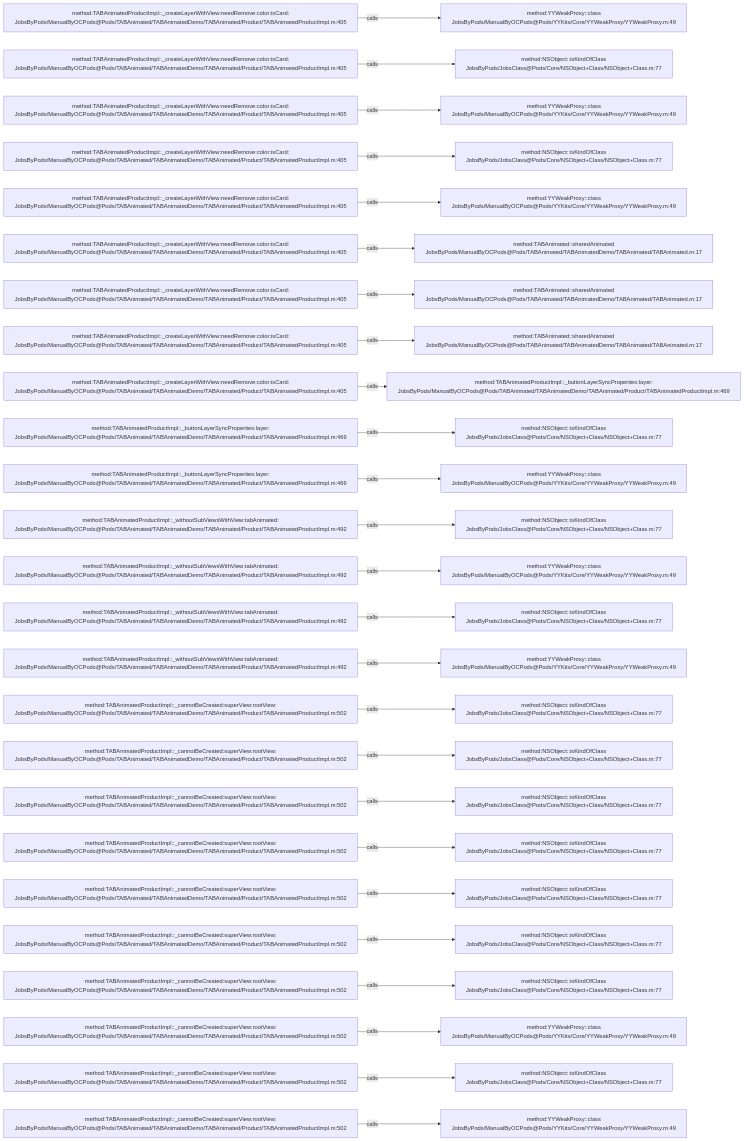
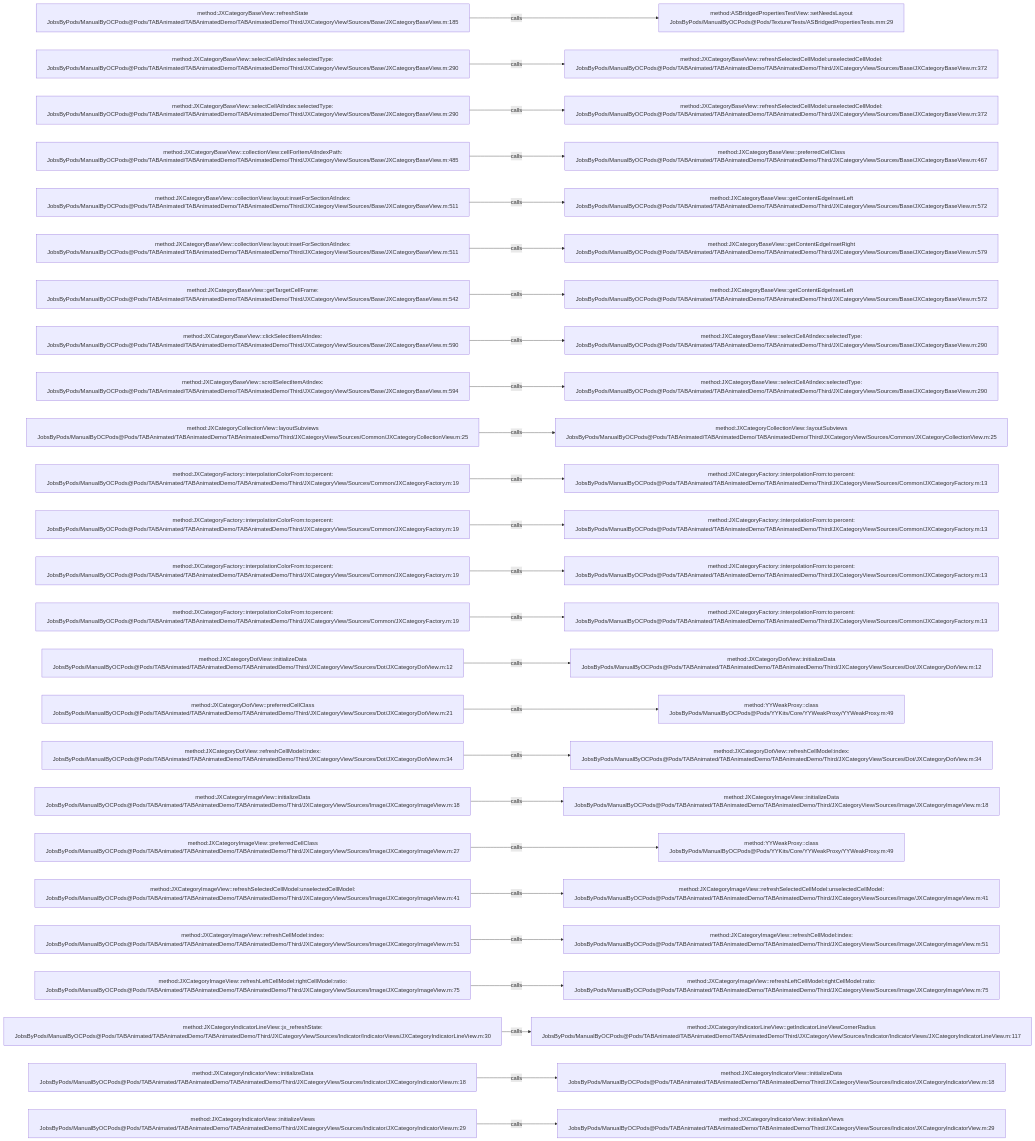
Before and after one commit to JobsKits/JobsOCBaseConfigDemo: the diagram in .codegraph/codegraph.md/graphs/calls-034.md, drawn with Mermaid. The commit also changed 1448 other files, not shown here.

````diff
--- a/.codegraph/codegraph.md/graphs/calls-034.md
+++ b/.codegraph/codegraph.md/graphs/calls-034.md
@@ -13,78 +13,78 @@
 ```mermaid
 flowchart LR
-  S1["method:TABAnimatedProductImpl::_createLayerWithView:needRemove:color:isCard:<br/>JobsByPods/ManualByOCPods@Pods/TABAnimated/TABAnimatedDemo/TABAnimated/Product/TABAnimatedProductImpl.m:405"]
-  T1["method:YYWeakProxy::class<br/>JobsByPods/ManualByOCPods@Pods/YYKits/Core/YYWeakProxy/YYWeakProxy.m:49"]
+  S1["method:JXCategoryBaseView::refreshState<br/>JobsByPods/ManualByOCPods@Pods/TABAnimated/TABAnimatedDemo/TABAnimatedDemo/Third/JXCategoryView/Sources/Base/JXCategoryBaseView.m:185"]
+  T1["method:ASBridgedPropertiesTestView::setNeedsLayout<br/>JobsByPods/ManualByOCPods@Pods/Texture/Tests/ASBridgedPropertiesTests.mm:29"]
   S1 -->|calls| T1
-  S2["method:TABAnimatedProductImpl::_createLayerWithView:needRemove:color:isCard:<br/>JobsByPods/ManualByOCPods@Pods/TABAnimated/TABAnimatedDemo/TABAnimated/Product/TABAnimatedProductImpl.m:405"]
-  T2["method:NSObject::isKindOfClass<br/>JobsByPods/JobsClass@Pods/Core/NSObject+Class/NSObject+Class.m:77"]
+  S2["method:JXCategoryBaseView::selectCellAtIndex:selectedType:<br/>JobsByPods/ManualByOCPods@Pods/TABAnimated/TABAnimatedDemo/TABAnimatedDemo/Third/JXCategoryView/Sources/Base/JXCategoryBaseView.m:290"]
+  T2["method:JXCategoryBaseView::refreshSelectedCellModel:unselectedCellModel:<br/>JobsByPods/ManualByOCPods@Pods/TABAnimated/TABAnimatedDemo/TABAnimatedDemo/Third/JXCategoryView/Sources/Base/JXCategoryBaseView.m:372"]
   S2 -->|calls| T2
-  S3["method:TABAnimatedProductImpl::_createLayerWithView:needRemove:color:isCard:<br/>JobsByPods/ManualByOCPods@Pods/TABAnimated/TABAnimatedDemo/TABAnimated/Product/TABAnimatedProductImpl.m:405"]
-  T3["method:YYWeakProxy::class<br/>JobsByPods/ManualByOCPods@Pods/YYKits/Core/YYWeakProxy/YYWeakProxy.m:49"]
+  S3["method:JXCategoryBaseView::selectCellAtIndex:selectedType:<br/>JobsByPods/ManualByOCPods@Pods/TABAnimated/TABAnimatedDemo/TABAnimatedDemo/Third/JXCategoryView/Sources/Base/JXCategoryBaseView.m:290"]
+  T3["method:JXCategoryBaseView::refreshSelectedCellModel:unselectedCellModel:<br/>JobsByPods/ManualByOCPods@Pods/TABAnimated/TABAnimatedDemo/TABAnimatedDemo/Third/JXCategoryView/Sources/Base/JXCategoryBaseView.m:372"]
   S3 -->|calls| T3
-  S4["method:TABAnimatedProductImpl::_createLayerWithView:needRemove:color:isCard:<br/>JobsByPods/ManualByOCPods@Pods/TABAnimated/TABAnimatedDemo/TABAnimated/Product/TABAnimatedProductImpl.m:405"]
-  T4["method:NSObject::isKindOfClass<br/>JobsByPods/JobsClass@Pods/Core/NSObject+Class/NSObject+Class.m:77"]
+  S4["method:JXCategoryBaseView::collectionView:cellForItemAtIndexPath:<br/>JobsByPods/ManualByOCPods@Pods/TABAnimated/TABAnimatedDemo/TABAnimatedDemo/Third/JXCategoryView/Sources/Base/JXCategoryBaseView.m:485"]
+  T4["method:JXCategoryBaseView::preferredCellClass<br/>JobsByPods/ManualByOCPods@Pods/TABAnimated/TABAnimatedDemo/TABAnimatedDemo/Third/JXCategoryView/Sources/Base/JXCategoryBaseView.m:467"]
   S4 -->|calls| T4
-  S5["method:TABAnimatedProductImpl::_createLayerWithView:needRemove:color:isCard:<br/>JobsByPods/ManualByOCPods@Pods/TABAnimated/TABAnimatedDemo/TABAnimated/Product/TABAnimatedProductImpl.m:405"]
-  T5["method:YYWeakProxy::class<br/>JobsByPods/ManualByOCPods@Pods/YYKits/Core/YYWeakProxy/YYWeakProxy.m:49"]
+  S5["method:JXCategoryBaseView::collectionView:layout:insetForSectionAtIndex:<br/>JobsByPods/ManualByOCPods@Pods/TABAnimated/TABAnimatedDemo/TABAnimatedDemo/Third/JXCategoryView/Sources/Base/JXCategoryBaseView.m:511"]
+  T5["method:JXCategoryBaseView::getContentEdgeInsetLeft<br/>JobsByPods/ManualByOCPods@Pods/TABAnimated/TABAnimatedDemo/TABAnimatedDemo/Third/JXCategoryView/Sources/Base/JXCategoryBaseView.m:572"]
   S5 -->|calls| T5
-  S6["method:TABAnimatedProductImpl::_createLayerWithView:needRemove:color:isCard:<br/>JobsByPods/ManualByOCPods@Pods/TABAnimated/TABAnimatedDemo/TABAnimated/Product/TABAnimatedProductImpl.m:405"]
-  T6["method:TABAnimated::sharedAnimated<br/>JobsByPods/ManualByOCPods@Pods/TABAnimated/TABAnimatedDemo/TABAnimated/TABAnimated.m:17"]
+  S6["method:JXCategoryBaseView::collectionView:layout:insetForSectionAtIndex:<br/>JobsByPods/ManualByOCPods@Pods/TABAnimated/TABAnimatedDemo/TABAnimatedDemo/Third/JXCategoryView/Sources/Base/JXCategoryBaseView.m:511"]
+  T6["method:JXCategoryBaseView::getContentEdgeInsetRight<br/>JobsByPods/ManualByOCPods@Pods/TABAnimated/TABAnimatedDemo/TABAnimatedDemo/Third/JXCategoryView/Sources/Base/JXCategoryBaseView.m:579"]
   S6 -->|calls| T6
-  S7["method:TABAnimatedProductImpl::_createLayerWithView:needRemove:color:isCard:<br/>JobsByPods/ManualByOCPods@Pods/TABAnimated/TABAnimatedDemo/TABAnimated/Product/TABAnimatedProductImpl.m:405"]
-  T7["method:TABAnimated::sharedAnimated<br/>JobsByPods/ManualByOCPods@Pods/TABAnimated/TABAnimatedDemo/TABAnimated/TABAnimated.m:17"]
+  S7["method:JXCategoryBaseView::getTargetCellFrame:<br/>JobsByPods/ManualByOCPods@Pods/TABAnimated/TABAnimatedDemo/TABAnimatedDemo/Third/JXCategoryView/Sources/Base/JXCategoryBaseView.m:542"]
+  T7["method:JXCategoryBaseView::getContentEdgeInsetLeft<br/>JobsByPods/ManualByOCPods@Pods/TABAnimated/TABAnimatedDemo/TABAnimatedDemo/Third/JXCategoryView/Sources/Base/JXCategoryBaseView.m:572"]
   S7 -->|calls| T7
-  S8["method:TABAnimatedProductImpl::_createLayerWithView:needRemove:color:isCard:<br/>JobsByPods/ManualByOCPods@Pods/TABAnimated/TABAnimatedDemo/TABAnimated/Product/TABAnimatedProductImpl.m:405"]
-  T8["method:TABAnimated::sharedAnimated<br/>JobsByPods/ManualByOCPods@Pods/TABAnimated/TABAnimatedDemo/TABAnimated/TABAnimated.m:17"]
+  S8["method:JXCategoryBaseView::clickSelectItemAtIndex:<br/>JobsByPods/ManualByOCPods@Pods/TABAnimated/TABAnimatedDemo/TABAnimatedDemo/Third/JXCategoryView/Sources/Base/JXCategoryBaseView.m:590"]
+  T8["method:JXCategoryBaseView::selectCellAtIndex:selectedType:<br/>JobsByPods/ManualByOCPods@Pods/TABAnimated/TABAnimatedDemo/TABAnimatedDemo/Third/JXCategoryView/Sources/Base/JXCategoryBaseView.m:290"]
   S8 -->|calls| T8
-  S9["method:TABAnimatedProductImpl::_createLayerWithView:needRemove:color:isCard:<br/>JobsByPods/ManualByOCPods@Pods/TABAnimated/TABAnimatedDemo/TABAnimated/Product/TABAnimatedProductImpl.m:405"]
-  T9["method:TABAnimatedProductImpl::_buttonLayerSyncProperties:layer:<br/>JobsByPods/ManualByOCPods@Pods/TABAnimated/TABAnimatedDemo/TABAnimated/Product/TABAnimatedProductImpl.m:469"]
+  S9["method:JXCategoryBaseView::scrollSelectItemAtIndex:<br/>JobsByPods/ManualByOCPods@Pods/TABAnimated/TABAnimatedDemo/TABAnimatedDemo/Third/JXCategoryView/Sources/Base/JXCategoryBaseView.m:594"]
+  T9["method:JXCategoryBaseView::selectCellAtIndex:selectedType:<br/>JobsByPods/ManualByOCPods@Pods/TABAnimated/TABAnimatedDemo/TABAnimatedDemo/Third/JXCategoryView/Sources/Base/JXCategoryBaseView.m:290"]
   S9 -->|calls| T9
-  S10["method:TABAnimatedProductImpl::_buttonLayerSyncProperties:layer:<br/>JobsByPods/ManualByOCPods@Pods/TABAnimated/TABAnimatedDemo/TABAnimated/Product/TABAnimatedProductImpl.m:469"]
-  T10["method:NSObject::isKindOfClass<br/>JobsByPods/JobsClass@Pods/Core/NSObject+Class/NSObject+Class.m:77"]
+  S10["method:JXCategoryCollectionView::layoutSubviews<br/>JobsByPods/ManualByOCPods@Pods/TABAnimated/TABAnimatedDemo/TABAnimatedDemo/Third/JXCategoryView/Sources/Common/JXCategoryCollectionView.m:25"]
+  T10["method:JXCategoryCollectionView::layoutSubviews<br/>JobsByPods/ManualByOCPods@Pods/TABAnimated/TABAnimatedDemo/TABAnimatedDemo/Third/JXCategoryView/Sources/Common/JXCategoryCollectionView.m:25"]
   S10 -->|calls| T10
-  S11["method:TABAnimatedProductImpl::_buttonLayerSyncProperties:layer:<br/>JobsByPods/ManualByOCPods@Pods/TABAnimated/TABAnimatedDemo/TABAnimated/Product/TABAnimatedProductImpl.m:469"]
-  T11["method:YYWeakProxy::class<br/>JobsByPods/ManualByOCPods@Pods/YYKits/Core/YYWeakProxy/YYWeakProxy.m:49"]
+  S11["method:JXCategoryFactory::interpolationColorFrom:to:percent:<br/>JobsByPods/ManualByOCPods@Pods/TABAnimated/TABAnimatedDemo/TABAnimatedDemo/Third/JXCategoryView/Sources/Common/JXCategoryFactory.m:19"]
+  T11["method:JXCategoryFactory::interpolationFrom:to:percent:<br/>JobsByPods/ManualByOCPods@Pods/TABAnimated/TABAnimatedDemo/TABAnimatedDemo/Third/JXCategoryView/Sources/Common/JXCategoryFactory.m:13"]
   S11 -->|calls| T11
-  S12["method:TABAnimatedProductImpl::_withoutSubViewsWithView:tabAnimated:<br/>JobsByPods/ManualByOCPods@Pods/TABAnimated/TABAnimatedDemo/TABAnimated/Product/TABAnimatedProductImpl.m:492"]
-  T12["method:NSObject::isKindOfClass<br/>JobsByPods/JobsClass@Pods/Core/NSObject+Class/NSObject+Class.m:77"]
+  S12["method:JXCategoryFactory::interpolationColorFrom:to:percent:<br/>JobsByPods/ManualByOCPods@Pods/TABAnimated/TABAnimatedDemo/TABAnimatedDemo/Third/JXCategoryView/Sources/Common/JXCategoryFactory.m:19"]
+  T12["method:JXCategoryFactory::interpolationFrom:to:percent:<br/>JobsByPods/ManualByOCPods@Pods/TABAnimated/TABAnimatedDemo/TABAnimatedDemo/Third/JXCategoryView/Sources/Common/JXCategoryFactory.m:13"]
   S12 -->|calls| T12
-  S13["method:TABAnimatedProductImpl::_withoutSubViewsWithView:tabAnimated:<br/>JobsByPods/ManualByOCPods@Pods/TABAnimated/TABAnimatedDemo/TABAnimated/Product/TABAnimatedProductImpl.m:492"]
-  T13["method:YYWeakProxy::class<br/>JobsByPods/ManualByOCPods@Pods/YYKits/Core/YYWeakProxy/YYWeakProxy.m:49"]
+  S13["method:JXCategoryFactory::interpolationColorFrom:to:percent:<br/>JobsByPods/ManualByOCPods@Pods/TABAnimated/TABAnimatedDemo/TABAnimatedDemo/Third/JXCategoryView/Sources/Common/JXCategoryFactory.m:19"]
+  T13["method:JXCategoryFactory::interpolationFrom:to:percent:<br/>JobsByPods/ManualByOCPods@Pods/TABAnimated/TABAnimatedDemo/TABAnimatedDemo/Third/JXCategoryView/Sources/Common/JXCategoryFactory.m:13"]
   S13 -->|calls| T13
-  S14["method:TABAnimatedProductImpl::_withoutSubViewsWithView:tabAnimated:<br/>JobsByPods/ManualByOCPods@Pods/TABAnimated/TABAnimatedDemo/TABAnimated/Product/TABAnimatedProductImpl.m:492"]
-  T14["method:NSObject::isKindOfClass<br/>JobsByPods/JobsClass@Pods/Core/NSObject+Class/NSObject+Class.m:77"]
+  S14["method:JXCategoryFactory::interpolationColorFrom:to:percent:<br/>JobsByPods/ManualByOCPods@Pods/TABAnimated/TABAnimatedDemo/TABAnimatedDemo/Third/JXCategoryView/Sources/Common/JXCategoryFactory.m:19"]
+  T14["method:JXCategoryFactory::interpolationFrom:to:percent:<br/>JobsByPods/ManualByOCPods@Pods/TABAnimated/TABAnimatedDemo/TABAnimatedDemo/Third/JXCategoryView/Sources/Common/JXCategoryFactory.m:13"]
   S14 -->|calls| T14
-  S15["method:TABAnimatedProductImpl::_withoutSubViewsWithView:tabAnimated:<br/>JobsByPods/ManualByOCPods@Pods/TABAnimated/TABAnimatedDemo/TABAnimated/Product/TABAnimatedProductImpl.m:492"]
-  T15["method:YYWeakProxy::class<br/>JobsByPods/ManualByOCPods@Pods/YYKits/Core/YYWeakProxy/YYWeakProxy.m:49"]
+  S15["method:JXCategoryDotView::initializeData<br/>JobsByPods/ManualByOCPods@Pods/TABAnimated/TABAnimatedDemo/TABAnimatedDemo/Third/JXCategoryView/Sources/Dot/JXCategoryDotView.m:12"]
+  T15["method:JXCategoryDotView::initializeData<br/>JobsByPods/ManualByOCPods@Pods/TABAnimated/TABAnimatedDemo/TABAnimatedDemo/Third/JXCategoryView/Sources/Dot/JXCategoryDotView.m:12"]
   S15 -->|calls| T15
-  S16["method:TABAnimatedProductImpl::_cannotBeCreated:superView:rootView:<br/>JobsByPods/ManualByOCPods@Pods/TABAnimated/TABAnimatedDemo/TABAnimated/Product/TABAnimatedProductImpl.m:502"]
-  T16["method:NSObject::isKindOfClass<br/>JobsByPods/JobsClass@Pods/Core/NSObject+Class/NSObject+Class.m:77"]
+  S16["method:JXCategoryDotView::preferredCellClass<br/>JobsByPods/ManualByOCPods@Pods/TABAnimated/TABAnimatedDemo/TABAnimatedDemo/Third/JXCategoryView/Sources/Dot/JXCategoryDotView.m:21"]
+  T16["method:YYWeakProxy::class<br/>JobsByPods/ManualByOCPods@Pods/YYKits/Core/YYWeakProxy/YYWeakProxy.m:49"]
   S16 -->|calls| T16
-  S17["method:TABAnimatedProductImpl::_cannotBeCreated:superView:rootView:<br/>JobsByPods/ManualByOCPods@Pods/TABAnimated/TABAnimatedDemo/TABAnimated/Product/TABAnimatedProductImpl.m:502"]
-  T17["method:NSObject::isKindOfClass<br/>JobsByPods/JobsClass@Pods/Core/NSObject+Class/NSObject+Class.m:77"]
+  S17["method:JXCategoryDotView::refreshCellModel:index:<br/>JobsByPods/ManualByOCPods@Pods/TABAnimated/TABAnimatedDemo/TABAnimatedDemo/Third/JXCategoryView/Sources/Dot/JXCategoryDotView.m:34"]
+  T17["method:JXCategoryDotView::refreshCellModel:index:<br/>JobsByPods/ManualByOCPods@Pods/TABAnimated/TABAnimatedDemo/TABAnimatedDemo/Third/JXCategoryView/Sources/Dot/JXCategoryDotView.m:34"]
   S17 -->|calls| T17
-  S18["method:TABAnimatedProductImpl::_cannotBeCreated:superView:rootView:<br/>JobsByPods/ManualByOCPods@Pods/TABAnimated/TABAnimatedDemo/TABAnimated/Product/TABAnimatedProductImpl.m:502"]
-  T18["method:NSObject::isKindOfClass<br/>JobsByPods/JobsClass@Pods/Core/NSObject+Class/NSObject+Class.m:77"]
+  S18["method:JXCategoryImageView::initializeData<br/>JobsByPods/ManualByOCPods@Pods/TABAnimated/TABAnimatedDemo/TABAnimatedDemo/Third/JXCategoryView/Sources/Image/JXCategoryImageView.m:18"]
+  T18["method:JXCategoryImageView::initializeData<br/>JobsByPods/ManualByOCPods@Pods/TABAnimated/TABAnimatedDemo/TABAnimatedDemo/Third/JXCategoryView/Sources/Image/JXCategoryImageView.m:18"]
   S18 -->|calls| T18
-  S19["method:TABAnimatedProductImpl::_cannotBeCreated:superView:rootView:<br/>JobsByPods/ManualByOCPods@Pods/TABAnimated/TABAnimatedDemo/TABAnimated/Product/TABAnimatedProductImpl.m:502"]
-  T19["method:NSObject::isKindOfClass<br/>JobsByPods/JobsClass@Pods/Core/NSObject+Class/NSObject+Class.m:77"]
+  S19["method:JXCategoryImageView::preferredCellClass<br/>JobsByPods/ManualByOCPods@Pods/TABAnimated/TABAnimatedDemo/TABAnimatedDemo/Third/JXCategoryView/Sources/Image/JXCategoryImageView.m:27"]
+  T19["method:YYWeakProxy::class<br/>JobsByPods/ManualByOCPods@Pods/YYKits/Core/YYWeakProxy/YYWeakProxy.m:49"]
   S19 -->|calls| T19
-  S20["method:TABAnimatedProductImpl::_cannotBeCreated:superView:rootView:<br/>JobsByPods/ManualByOCPods@Pods/TABAnimated/TABAnimatedDemo/TABAnimated/Product/TABAnimatedProductImpl.m:502"]
-  T20["method:NSObject::isKindOfClass<br/>JobsByPods/JobsClass@Pods/Core/NSObject+Class/NSObject+Class.m:77"]
+  S20["method:JXCategoryImageView::refreshSelectedCellModel:unselectedCellModel:<br/>JobsByPods/ManualByOCPods@Pods/TABAnimated/TABAnimatedDemo/TABAnimatedDemo/Third/JXCategoryView/Sources/Image/JXCategoryImageView.m:41"]
+  T20["method:JXCategoryImageView::refreshSelectedCellModel:unselectedCellModel:<br/>JobsByPods/ManualByOCPods@Pods/TABAnimated/TABAnimatedDemo/TABAnimatedDemo/Third/JXCategoryView/Sources/Image/JXCategoryImageView.m:41"]
   S20 -->|calls| T20
-  S21["method:TABAnimatedProductImpl::_cannotBeCreated:superView:rootView:<br/>JobsByPods/ManualByOCPods@Pods/TABAnimated/TABAnimatedDemo/TABAnimated/Product/TABAnimatedProductImpl.m:502"]
-  T21["method:NSObject::isKindOfClass<br/>JobsByPods/JobsClass@Pods/Core/NSObject+Class/NSObject+Class.m:77"]
+  S21["method:JXCategoryImageView::refreshCellModel:index:<br/>JobsByPods/ManualByOCPods@Pods/TABAnimated/TABAnimatedDemo/TABAnimatedDemo/Third/JXCategoryView/Sources/Image/JXCategoryImageView.m:51"]
+  T21["method:JXCategoryImageView::refreshCellModel:index:<br/>JobsByPods/ManualByOCPods@Pods/TABAnimated/TABAnimatedDemo/TABAnimatedDemo/Third/JXCategoryView/Sources/Image/JXCategoryImageView.m:51"]
   S21 -->|calls| T21
-  S22["method:TABAnimatedProductImpl::_cannotBeCreated:superView:rootView:<br/>JobsByPods/ManualByOCPods@Pods/TABAnimated/TABAnimatedDemo/TABAnimated/Product/TABAnimatedProductImpl.m:502"]
-  T22["method:NSObject::isKindOfClass<br/>JobsByPods/JobsClass@Pods/Core/NSObject+Class/NSObject+Class.m:77"]
+  S22["method:JXCategoryImageView::refreshLeftCellModel:rightCellModel:ratio:<br/>JobsByPods/ManualByOCPods@Pods/TABAnimated/TABAnimatedDemo/TABAnimatedDemo/Third/JXCategoryView/Sources/Image/JXCategoryImageView.m:75"]
+  T22["method:JXCategoryImageView::refreshLeftCellModel:rightCellModel:ratio:<br/>JobsByPods/ManualByOCPods@Pods/TABAnimated/TABAnimatedDemo/TABAnimatedDemo/Third/JXCategoryView/Sources/Image/JXCategoryImageView.m:75"]
   S22 -->|calls| T22
-  S23["method:TABAnimatedProductImpl::_cannotBeCreated:superView:rootView:<br/>JobsByPods/ManualByOCPods@Pods/TABAnimated/TABAnimatedDemo/TABAnimated/Product/TABAnimatedProductImpl.m:502"]
-  T23["method:YYWeakProxy::class<br/>JobsByPods/ManualByOCPods@Pods/YYKits/Core/YYWeakProxy/YYWeakProxy.m:49"]
+  S23["method:JXCategoryIndicatorLineView::jx_refreshState:<br/>JobsByPods/ManualByOCPods@Pods/TABAnimated/TABAnimatedDemo/TABAnimatedDemo/Third/JXCategoryView/Sources/Indicator/IndicatorViews/JXCategoryIndicatorLineView.m:30"]
+  T23["method:JXCategoryIndicatorLineView::getIndicatorLineViewCornerRadius<br/>JobsByPods/ManualByOCPods@Pods/TABAnimated/TABAnimatedDemo/TABAnimatedDemo/Third/JXCategoryView/Sources/Indicator/IndicatorViews/JXCategoryIndicatorLineView.m:117"]
   S23 -->|calls| T23
-  S24["method:TABAnimatedProductImpl::_cannotBeCreated:superView:rootView:<br/>JobsByPods/ManualByOCPods@Pods/TABAnimated/TABAnimatedDemo/TABAnimated/Product/TABAnimatedProductImpl.m:502"]
-  T24["method:NSObject::isKindOfClass<br/>JobsByPods/JobsClass@Pods/Core/NSObject+Class/NSObject+Class.m:77"]
+  S24["method:JXCategoryIndicatorView::initializeData<br/>JobsByPods/ManualByOCPods@Pods/TABAnimated/TABAnimatedDemo/TABAnimatedDemo/Third/JXCategoryView/Sources/Indicator/JXCategoryIndicatorView.m:18"]
+  T24["method:JXCategoryIndicatorView::initializeData<br/>JobsByPods/ManualByOCPods@Pods/TABAnimated/TABAnimatedDemo/TABAnimatedDemo/Third/JXCategoryView/Sources/Indicator/JXCategoryIndicatorView.m:18"]
   S24 -->|calls| T24
-  S25["method:TABAnimatedProductImpl::_cannotBeCreated:superView:rootView:<br/>JobsByPods/ManualByOCPods@Pods/TABAnimated/TABAnimatedDemo/TABAnimated/Product/TABAnimatedProductImpl.m:502"]
-  T25["method:YYWeakProxy::class<br/>JobsByPods/ManualByOCPods@Pods/YYKits/Core/YYWeakProxy/YYWeakProxy.m:49"]
+  S25["method:JXCategoryIndicatorView::initializeViews<br/>JobsByPods/ManualByOCPods@Pods/TABAnimated/TABAnimatedDemo/TABAnimatedDemo/Third/JXCategoryView/Sources/Indicator/JXCategoryIndicatorView.m:29"]
+  T25["method:JXCategoryIndicatorView::initializeViews<br/>JobsByPods/ManualByOCPods@Pods/TABAnimated/TABAnimatedDemo/TABAnimatedDemo/Third/JXCategoryView/Sources/Indicator/JXCategoryIndicatorView.m:29"]
   S25 -->|calls| T25
 ```
````
